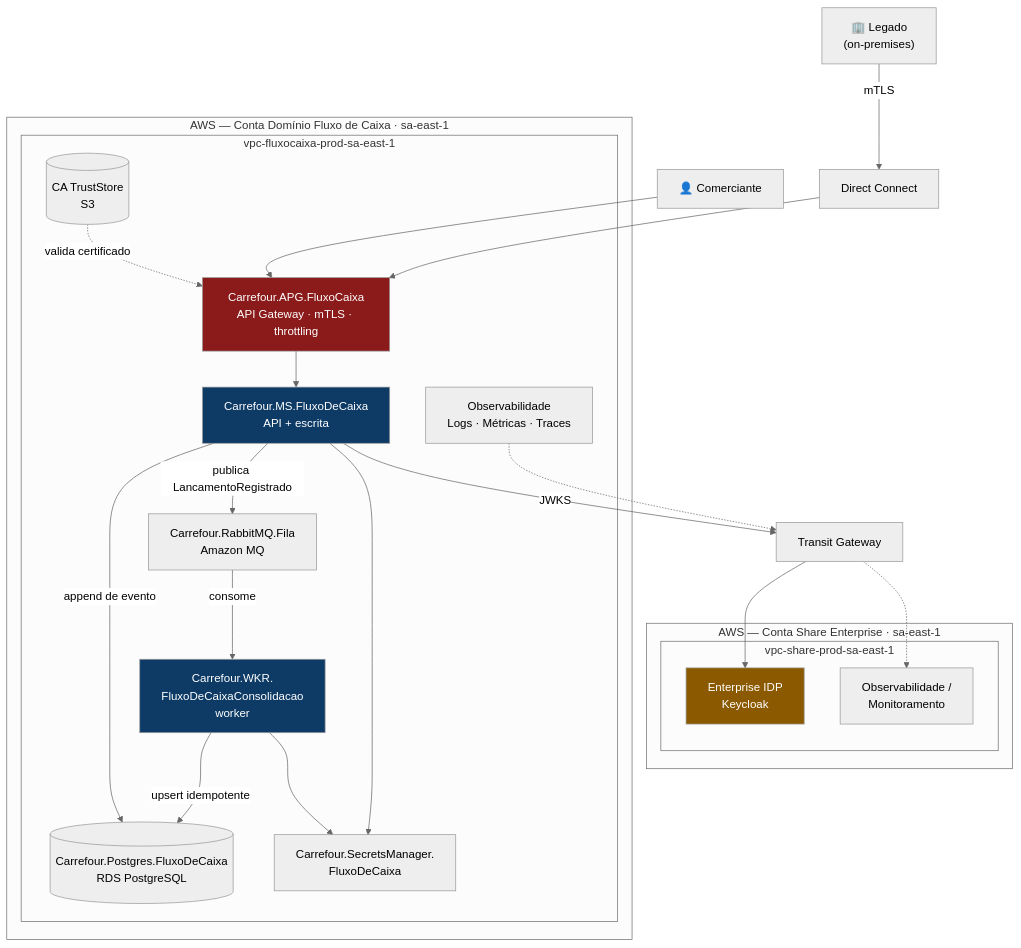
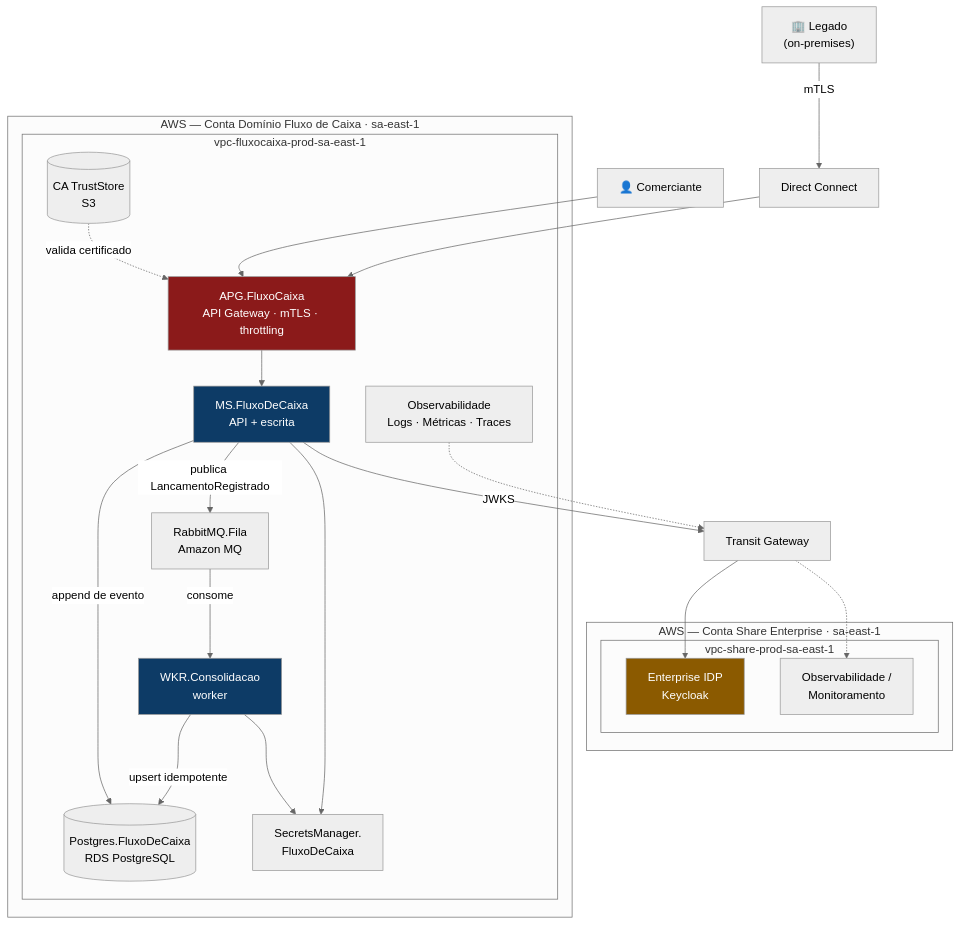
One commit to cassio4ntunes-sudo/desafio_arquitetura_solucoes changed the first of 2 diagrams in docs/ARQUITETURA-ALVO.md. Above: the diagram before and after it, drawn with Mermaid (neutral theme). The commit also changed other lines of this file and 116 other files, not shown here.

````diff
--- a/docs/ARQUITETURA-ALVO.md
+++ b/docs/ARQUITETURA-ALVO.md
@@ -13,51 +13,51 @@
 ```mermaid
 graph TB
     Cliente["👤 Comerciante"]
     Legado["🏢 Legado<br/>(on-premises)"]
 
     subgraph Share["AWS — Conta Share Enterprise · sa-east-1"]
         subgraph VPCShare["vpc-share-prod-sa-east-1"]
             KC["Enterprise IDP<br/>Keycloak"]
             ObsShare["Observabilidade /<br/>Monitoramento"]
         end
     end
 
     subgraph Dominio["AWS — Conta Domínio Fluxo de Caixa · sa-east-1"]
         subgraph VPCDom["vpc-fluxocaixa-prod-sa-east-1"]
-            APG["Carrefour.APG.FluxoCaixa<br/>API Gateway · mTLS · throttling"]
+            APG["APG.FluxoCaixa<br/>API Gateway · mTLS · throttling"]
             CATS[("CA TrustStore<br/>S3")]
-            MS["Carrefour.MS.FluxoDeCaixa<br/>API + escrita"]
-            WKR["Carrefour.WKR.<br/>FluxoDeCaixaConsolidacao<br/>worker"]
-            MQ["Carrefour.RabbitMQ.Fila<br/>Amazon MQ"]
-            PG[("Carrefour.Postgres.FluxoDeCaixa<br/>RDS PostgreSQL")]
-            SM["Carrefour.SecretsManager.<br/>FluxoDeCaixa"]
+            MS["MS.FluxoDeCaixa<br/>API + escrita"]
+            WKR["WKR.Consolidacao<br/>worker"]
+            MQ["RabbitMQ.Fila<br/>Amazon MQ"]
+            PG[("Postgres.FluxoDeCaixa<br/>RDS PostgreSQL")]
+            SM["SecretsManager.<br/>FluxoDeCaixa"]
             ObsDom["Observabilidade<br/>Logs · Métricas · Traces"]
         end
     end
 
     TGW["Transit Gateway"]
     DX["Direct Connect"]
 
     Cliente --> APG
     Legado -->|"mTLS"| DX
     DX --> APG
     CATS -.->|"valida certificado"| APG
     APG --> MS
 
     MS -->|"append de evento"| PG
     MS -->|"publica LancamentoRegistrado"| MQ
     MQ -->|"consome"| WKR
     WKR -->|"upsert idempotente"| PG
     MS --> SM
     WKR --> SM
 
     MS -->|"JWKS"| TGW
     TGW --> KC
     ObsDom -.-> TGW
     TGW -.-> ObsShare
 
     style MS fill:#0d3b66,color:#fff
     style WKR fill:#0d3b66,color:#fff
     style KC fill:#8b5a00,color:#fff
     style APG fill:#8b1a1a,color:#fff
 ```
````
